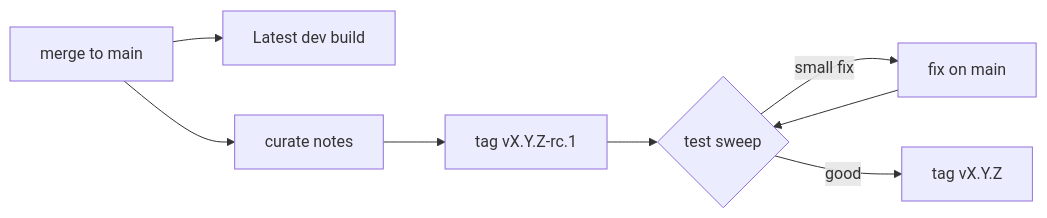
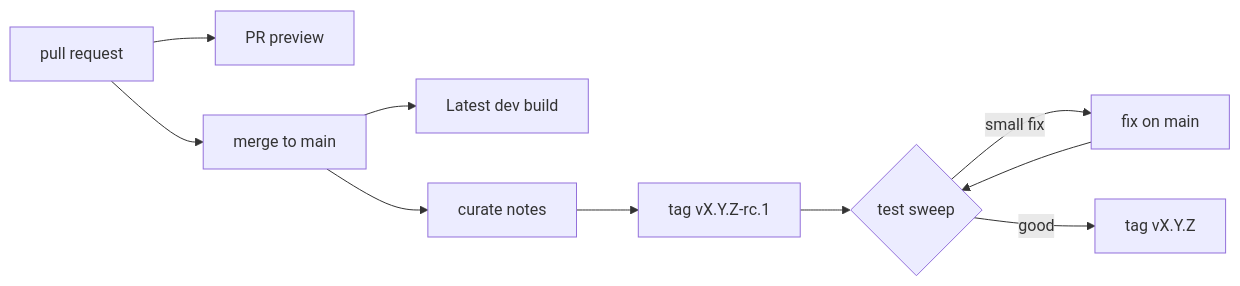
One commit to ColdCrabby/slicer changed the diagram in RELEASING.md. Above: the diagram before and after it, drawn with Mermaid. The commit also changed other lines of this file and 3 other files, not shown here.

First line of the commit message:
Preview every pull request on Cloudflare Pages

````diff
--- a/RELEASING.md
+++ b/RELEASING.md
@@ -21,8 +23,9 @@
 ```mermaid
 flowchart LR
-  M[merge to main] --> D[Latest dev build]
+  PR[pull request] --> PV[PR preview]
+  PR --> M[merge to main] --> D[Latest dev build]
   M --> P[curate notes] --> RC[tag vX.Y.Z-rc.1]
   RC --> T{test sweep}
   T -- small fix --> F[fix on main] --> T
   T -- good --> R[tag vX.Y.Z]
 ```
````
